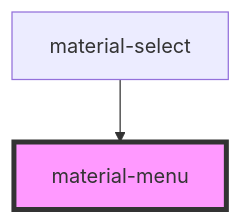
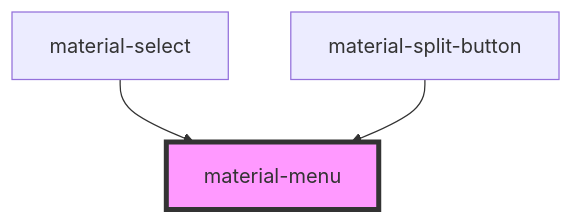
One commit to RobustaRush/material changed the diagram in src/components/material-menu/readme.md. Above: the diagram before and after it, drawn with Mermaid. The commit also changed other lines of this file and 5 other files, not shown here.

First line of the commit message:
feat(material-split-button): MD3 Expressive split button

````diff
--- a/src/components/material-menu/readme.md
+++ b/src/components/material-menu/readme.md
@@ -63,5 +64,6 @@
 ```mermaid
 graph TD;
   material-select --> material-menu
+  material-split-button --> material-menu
   style material-menu fill:#f9f,stroke:#333,stroke-width:4px
 ```
````
